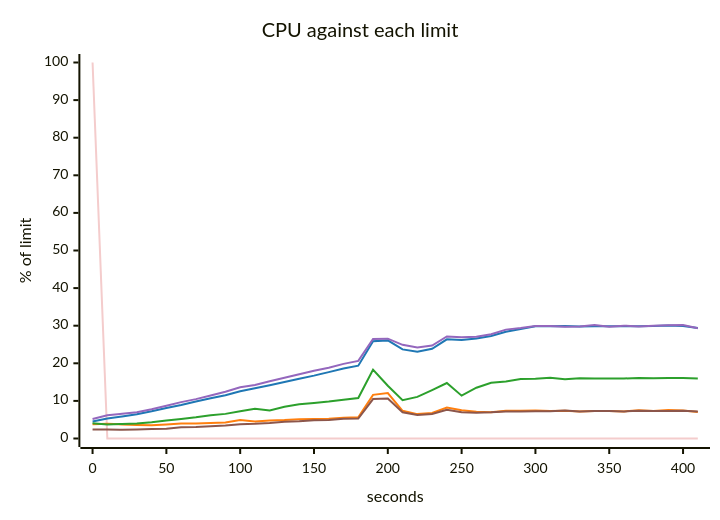
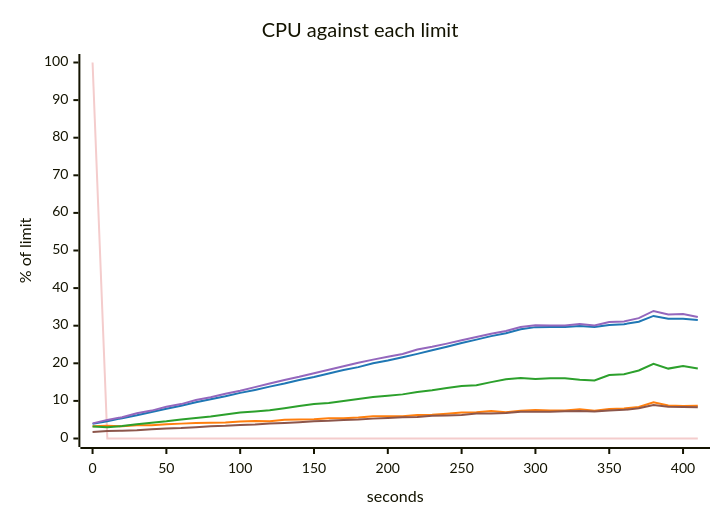
Before and after one commit to akinfemi/load-lore: the fifth of 5 diagrams in scenarios/connection-pool-trap/solutions/pgbouncer/report.md, drawn with Mermaid. The commit also changed other lines of this file and 125 other files, not shown here.

````diff
--- a/scenarios/connection-pool-trap/solutions/pgbouncer/report.md
+++ b/scenarios/connection-pool-trap/solutions/pgbouncer/report.md
@@ -99,19 +97,19 @@
 ```mermaid
 ---
 config:
   themeVariables:
     xyChart:
       backgroundColor: "transparent"
       plotColorPalette: "#f4cccc, #1f77b4, #ff7f0e, #2ca02c, #9467bd, #8c564b"
 ---
 xychart-beta
     title "CPU against each limit"
     x-axis "seconds" 0 --> 410
     y-axis "% of limit" 0 --> 100
     line [100, 0, 0, 0, 0, 0, 0, 0, 0, 0, 0, 0, 0, 0, 0, 0, 0, 0, 0, 0, 0, 0, 0, 0, 0, 0, 0, 0, 0, 0, 0, 0, 0, 0, 0, 0, 0, 0, 0, 0, 0, 0]
-    line [4.507, 5.299, 5.851, 6.478, 7.225, 8.107, 8.901, 9.835, 10.694, 11.527, 12.575, 13.353, 14.167, 15.042, 15.912, 16.724, 17.657, 18.606, 19.37, 25.841, 26.095, 23.693, 23.07, 23.863, 26.381, 26.21, 26.614, 27.249, 28.375, 29.097, 29.872, 29.831, 29.91, 29.773, 29.885, 29.861, 29.822, 29.857, 29.925, 30.043, 29.95, 29.398]
-    line [3.798, 3.937, 3.739, 3.596, 3.501, 3.713, 3.969, 4.01, 4.131, 4.266, 4.893, 4.535, 4.792, 4.928, 5.152, 5.158, 5.228, 5.486, 5.644, 11.606, 12.101, 7.371, 6.489, 6.775, 8.222, 7.504, 7.088, 6.959, 7.383, 7.391, 7.455, 7.341, 7.401, 7.2, 7.292, 7.318, 7.211, 7.539, 7.294, 7.568, 7.462, 7.052]
-    line [4.029, 3.754, 3.868, 3.999, 4.334, 4.796, 5.206, 5.651, 6.207, 6.55, 7.229, 7.927, 7.455, 8.466, 9.093, 9.446, 9.815, 10.299, 10.783, 18.308, 14.023, 10.212, 11.074, 12.878, 14.749, 11.396, 13.504, 14.846, 15.137, 15.81, 15.859, 16.16, 15.787, 16.046, 15.976, 15.977, 15.969, 16.098, 16.043, 16.083, 16.107, 15.931]
-    line [5.18, 6.168, 6.554, 6.983, 7.791, 8.706, 9.68, 10.473, 11.446, 12.454, 13.611, 14.235, 15.219, 16.158, 17.064, 18.014, 18.816, 19.845, 20.646, 26.464, 26.55, 24.917, 24.226, 24.731, 27.145, 26.907, 27.058, 27.743, 28.959, 29.392, 29.935, 29.951, 29.742, 29.757, 30.154, 29.705, 30.009, 29.82, 29.993, 30.1, 30.165, 29.333]
-    line [2.394, 2.412, 2.296, 2.413, 2.542, 2.623, 2.961, 3.064, 3.286, 3.476, 3.793, 3.892, 4.105, 4.426, 4.572, 4.856, 4.905, 5.244, 5.308, 10.486, 10.638, 6.955, 6.241, 6.521, 7.623, 7.001, 6.818, 6.962, 7.206, 7.211, 7.217, 7.278, 7.474, 7.18, 7.327, 7.314, 7.212, 7.375, 7.342, 7.325, 7.396, 7.192]
+    line [3.892, 4.59, 5.408, 6.193, 7.071, 7.919, 8.694, 9.657, 10.446, 11.232, 12.131, 12.924, 13.793, 14.613, 15.546, 16.372, 17.308, 18.209, 18.981, 20.01, 20.73, 21.624, 22.509, 23.458, 24.409, 25.379, 26.297, 27.229, 27.994, 29.056, 29.619, 29.668, 29.633, 29.889, 29.634, 30.204, 30.414, 31.06, 32.597, 31.881, 31.874, 31.525]
+    line [3.26, 3.385, 3.239, 3.55, 3.528, 3.799, 3.956, 4.131, 4.197, 4.234, 4.527, 4.651, 4.619, 4.988, 5.067, 5.094, 5.416, 5.389, 5.612, 5.932, 5.897, 5.9, 6.228, 6.334, 6.567, 6.887, 6.992, 7.285, 6.979, 7.393, 7.607, 7.461, 7.471, 7.755, 7.41, 7.844, 7.973, 8.371, 9.623, 8.79, 8.625, 8.721]
+    line [3.16, 2.996, 3.311, 3.794, 4.199, 4.57, 5.04, 5.473, 5.863, 6.364, 6.911, 7.179, 7.504, 8.039, 8.622, 9.175, 9.45, 10.004, 10.509, 11.06, 11.391, 11.735, 12.382, 12.821, 13.406, 13.936, 14.169, 14.997, 15.74, 16.079, 15.849, 16.047, 16.052, 15.623, 15.454, 16.875, 17.093, 18.085, 19.873, 18.591, 19.298, 18.642]
+    line [4.02, 4.948, 5.677, 6.738, 7.42, 8.451, 9.147, 10.223, 10.97, 11.884, 12.712, 13.668, 14.649, 15.562, 16.412, 17.373, 18.275, 19.24, 20.131, 20.973, 21.755, 22.493, 23.659, 24.383, 25.236, 26.134, 26.994, 27.874, 28.597, 29.66, 30.091, 30.06, 30.022, 30.422, 30.041, 30.999, 31.148, 32.013, 33.925, 32.974, 33.096, 32.321]
+    line [1.753, 1.988, 2.044, 2.2, 2.446, 2.667, 2.778, 3.016, 3.256, 3.367, 3.574, 3.719, 3.983, 4.144, 4.324, 4.57, 4.694, 4.94, 5.066, 5.286, 5.47, 5.642, 5.723, 6.019, 6.121, 6.274, 6.621, 6.677, 6.759, 7.095, 7.088, 7.113, 7.221, 7.344, 7.189, 7.416, 7.617, 8.059, 8.895, 8.43, 8.404, 8.33]
 ```
````
